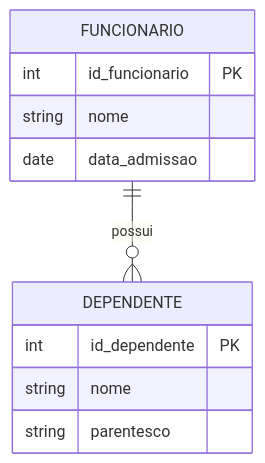
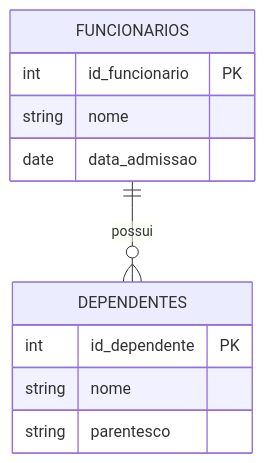
The third of 15 diagrams in docs/aulas/Aula_02_Modelagem_Entidades.md (GTI-Fatec-Jahu/BDA-GTI-2026-2), drawn with Mermaid before and after one commit. The commit also changed other lines of this file and 5 other files, not shown here.

````diff
--- a/docs/aulas/Aula_02_Modelagem_Entidades.md
+++ b/docs/aulas/Aula_02_Modelagem_Entidades.md
@@ -105,14 +105,14 @@
 ```mermaid
 erDiagram
-    FUNCIONARIO {
+    FUNCIONARIOS {
         int id_funcionario PK
         string nome
         date data_admissao
     }
-    DEPENDENTE {
+    DEPENDENTES {
         int id_dependente PK
         string nome
         string parentesco
     }
-    FUNCIONARIO ||--o{ DEPENDENTE : "possui"
+    FUNCIONARIOS ||--o{ DEPENDENTES : "possui"
 ```
````
